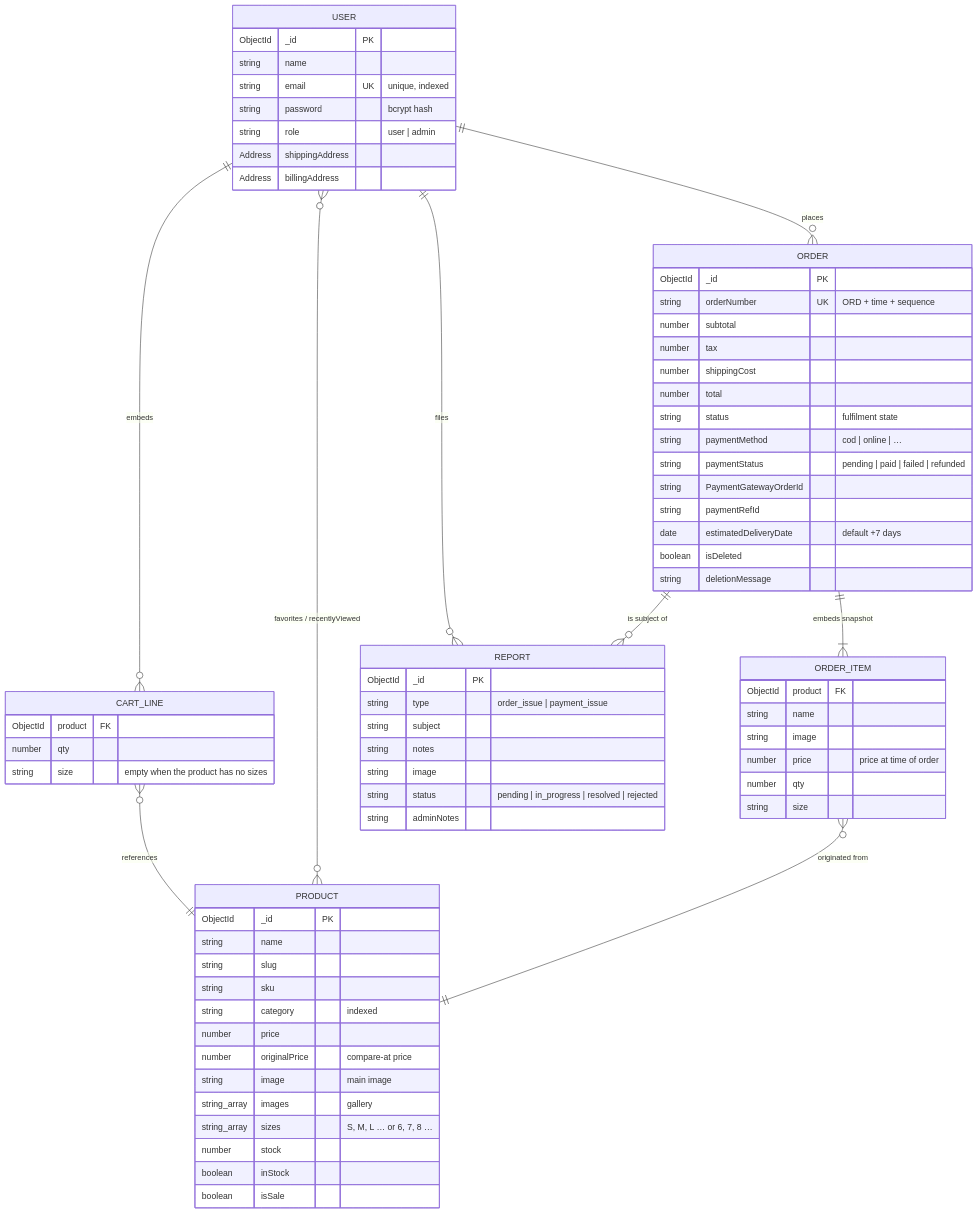
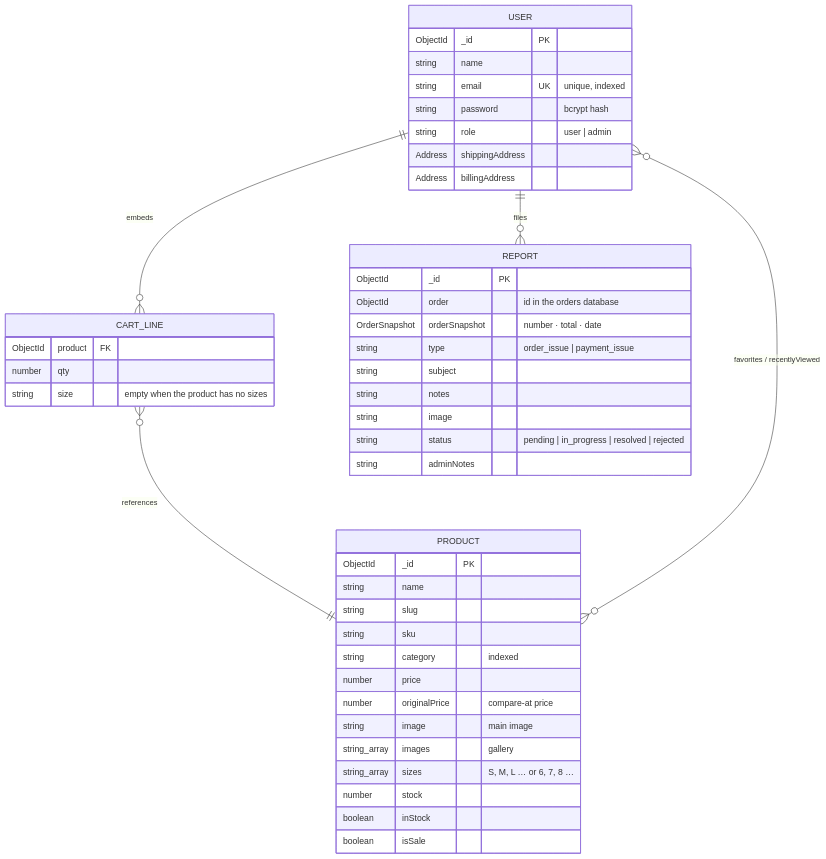
Before and after one commit to abuiron/looksmatter_bc: the third of 13 diagrams in README.md, drawn with Mermaid. The commit also changed other lines of this file and 26 other files, not shown here.

````diff
--- a/README.md
+++ b/README.md
@@ -133,74 +167,48 @@
 ```mermaid
 erDiagram
     USER ||--o{ CART_LINE : "embeds"
     CART_LINE }o--|| PRODUCT : "references"
     USER }o--o{ PRODUCT : "favorites / recentlyViewed"
-    USER ||--o{ ORDER : "places"
-    ORDER ||--|{ ORDER_ITEM : "embeds snapshot"
-    ORDER_ITEM }o--|| PRODUCT : "originated from"
     USER ||--o{ REPORT : "files"
-    ORDER ||--o{ REPORT : "is subject of"
 
     USER {
         ObjectId _id PK
         string name
         string email UK "unique, indexed"
         string password "bcrypt hash"
         string role "user | admin"
         Address shippingAddress
         Address billingAddress
     }
     CART_LINE {
         ObjectId product FK
         number qty
         string size "empty when the product has no sizes"
     }
     PRODUCT {
         ObjectId _id PK
         string name
         string slug
         string sku
         string category "indexed"
         number price
         number originalPrice "compare-at price"
         string image "main image"
         string_array images "gallery"
         string_array sizes "S, M, L … or 6, 7, 8 …"
         number stock
         boolean inStock
         boolean isSale
     }
-    ORDER {
-        ObjectId _id PK
-        string orderNumber UK "ORD + time + sequence"
-        number subtotal
-        number tax
-        number shippingCost
-        number total
-        string status "fulfilment state"
-        string paymentMethod "cod | online | …"
-        string paymentStatus "pending | paid | failed | refunded"
-        string PaymentGatewayOrderId
-        string paymentRefId
-        date estimatedDeliveryDate "default +7 days"
-        boolean isDeleted
-        string deletionMessage
-    }
-    ORDER_ITEM {
-        ObjectId product FK
-        string name
-        string image
-        number price "price at time of order"
-        number qty
-        string size
-    }
     REPORT {
         ObjectId _id PK
+        ObjectId order "id in the orders database"
+        OrderSnapshot orderSnapshot "number · total · date"
         string type "order_issue | payment_issue"
         string subject
         string notes
         string image
         string status "pending | in_progress | resolved | rejected"
         string adminNotes
     }
 ```
````
